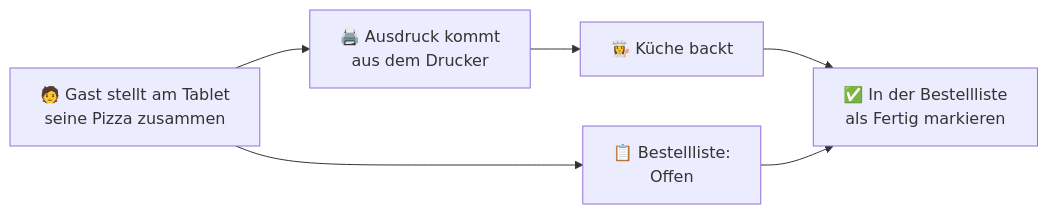
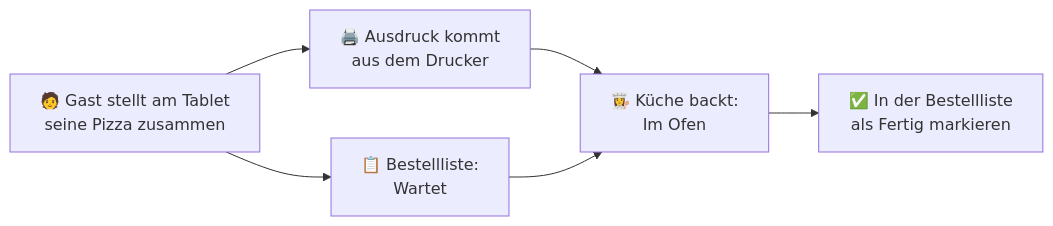
One commit to anansio/pizza-order changed the diagram in README.md. Above: the diagram before and after it, drawn with Mermaid. The commit also changed other lines of this file and 14 other files, not shown here.

````diff
--- a/README.md
+++ b/README.md
@@ -41,8 +41,8 @@
 ```mermaid
 flowchart LR
     A["🧑 Gast stellt am Tablet<br/>seine Pizza zusammen"] --> B["🖨️ Ausdruck kommt<br/>aus dem Drucker"]
-    A --> C["📋 Bestellliste:<br/>Offen"]
-    B --> D["👩‍🍳 Küche backt"]
+    A --> C["📋 Bestellliste:<br/>Wartet"]
+    B --> D["👩‍🍳 Küche backt:<br/>Im Ofen"]
+    C --> D
     D --> E["✅ In der Bestellliste<br/>als Fertig markieren"]
-    C --> E
 ```
````
